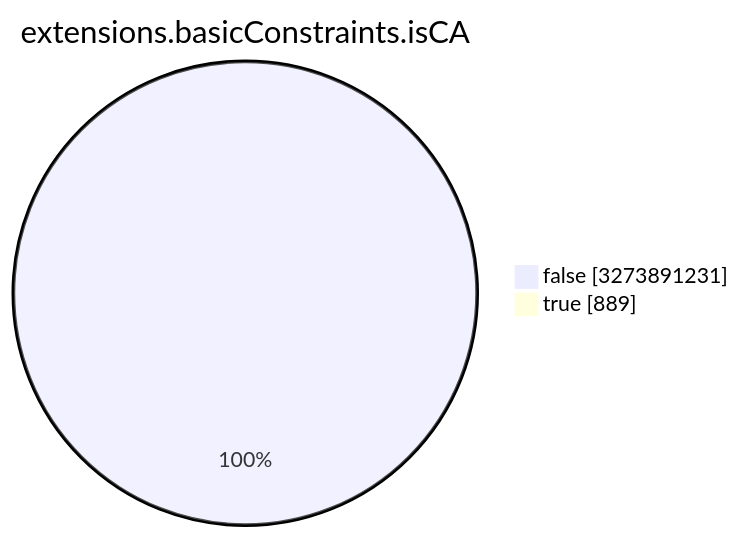
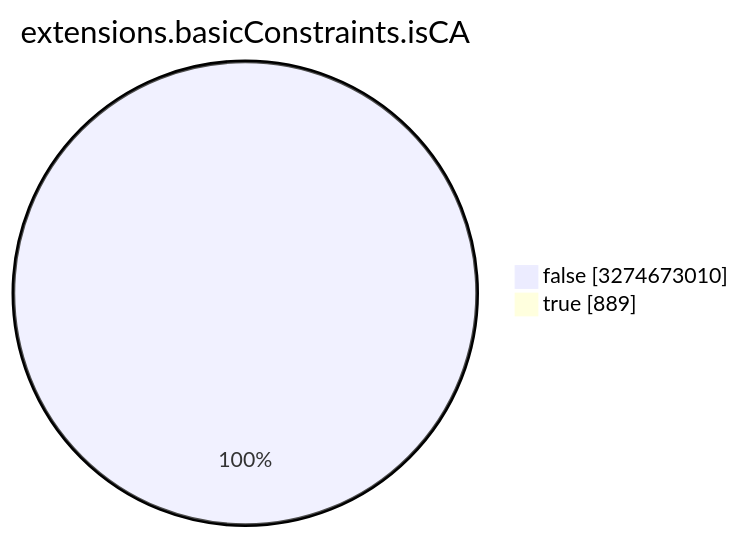
The seventh of 15 diagrams in TOTAL/README.md (christiankrug/ctmonitor_visualization), drawn with Mermaid before and after one commit. The commit also changed other lines of this file, not shown here.

````diff
--- a/TOTAL/README.md
+++ b/TOTAL/README.md
@@ -3089,6 +3089,6 @@
 ```mermaid
 pie showData
 title extensions.basicConstraints.isCA
-"false" :3273891231
+"false" :3274673010
 "true" :889
 ```
````
